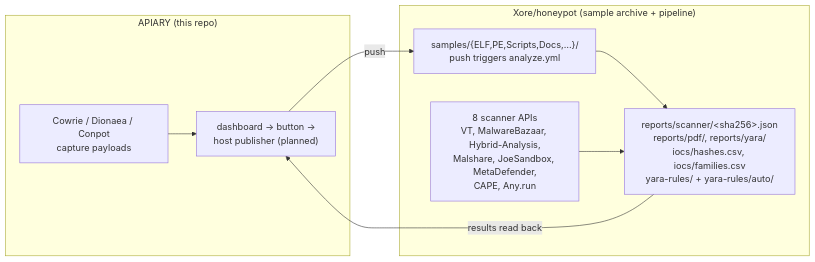
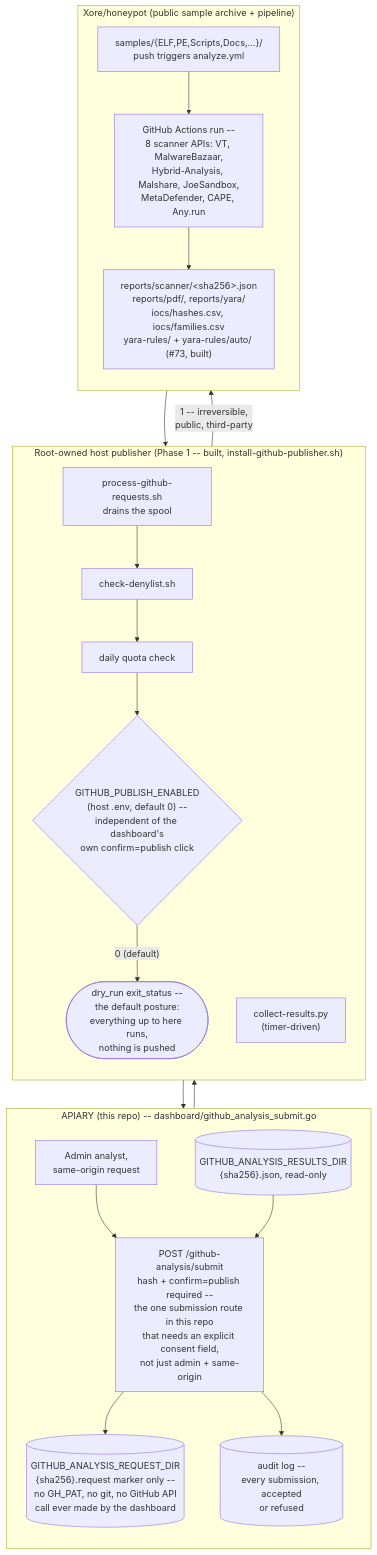
Before and after one commit to Xore/APIARY: the diagram in docs/analysis/README.md, drawn with Mermaid. The commit also changed other lines of this file, not shown here.

````diff
--- a/docs/analysis/README.md
+++ b/docs/analysis/README.md
@@ -20,19 +25,39 @@
 ```mermaid
-flowchart LR
-    subgraph HS["APIARY (this repo)"]
-        Sensors["Cowrie / Dionaea / Conpot<br/>capture payloads"]
-        Pub["dashboard → button →<br/>host publisher (planned)"]
-        Sensors --> Pub
+flowchart TB
+    subgraph HS["APIARY (this repo) -- dashboard/github_analysis_submit.go"]
+        direction TB
+        analyst["Admin analyst,<br/>same-origin request"]
+        submit["POST /github-analysis/submit<br/>hash + confirm=publish required --<br/>the one submission route in this repo<br/>that needs an explicit consent field,<br/>not just admin + same-origin"]
+        reqSpool[("GITHUB_ANALYSIS_REQUEST_DIR<br/>{sha256}.request marker only --<br/>no GH_PAT, no git, no GitHub API<br/>call ever made by the dashboard")]
+        audit[("audit log --<br/>every submission, accepted<br/>or refused")]
+        resultsDir[("GITHUB_ANALYSIS_RESULTS_DIR<br/>{sha256}.json, read-only")]
+        analyst --> submit
+        submit --> reqSpool
+        submit --> audit
+        resultsDir --> submit
     end
 
-    subgraph XH["Xore/honeypot (sample archive + pipeline)"]
-        Samples["samples/{ELF,PE,Scripts,Docs,…}/<br/>push triggers analyze.yml"]
-        Outputs["reports/scanner/&lt;sha256&gt;.json<br/>reports/pdf/, reports/yara/<br/>iocs/hashes.csv, iocs/families.csv<br/>yara-rules/ + yara-rules/auto/"]
-        Scanners["8 scanner APIs<br/>VT, MalwareBazaar, Hybrid-Analysis,<br/>Malshare, JoeSandbox, MetaDefender,<br/>CAPE, Any.run"]
-        Samples --> Outputs
-        Scanners --> Outputs
+    subgraph HostPub["Root-owned host publisher (Phase 1 -- built, install-github-publisher.sh)"]
+        direction TB
+        process["process-github-requests.sh<br/>drains the spool"]
+        denylist["check-denylist.sh"]
+        quota["daily quota check"]
+        gate{"GITHUB_PUBLISH_ENABLED<br/>(host .env, default 0) --<br/>independent of the dashboard's<br/>own confirm=publish click"}
+        dryrun(["dry_run exit_status --<br/>the default posture:<br/>everything up to here runs,<br/>nothing is pushed"])
+        collect["collect-results.py<br/>(timer-driven)"]
+        process --> denylist --> quota --> gate
+        gate -->|"0 (default)"| dryrun
     end
 
-    Pub -->|push| Samples
-    Outputs -->|results read back| Pub
+    subgraph XH["Xore/honeypot (public sample archive + pipeline)"]
+        direction TB
+        samples["samples/{ELF,PE,Scripts,Docs,…}/<br/>push triggers analyze.yml"]
+        actions["GitHub Actions run --<br/>8 scanner APIs: VT, MalwareBazaar,<br/>Hybrid-Analysis, Malshare, JoeSandbox,<br/>MetaDefender, CAPE, Any.run"]
+        outputs["reports/scanner/&lt;sha256&gt;.json<br/>reports/pdf/, reports/yara/<br/>iocs/hashes.csv, iocs/families.csv<br/>yara-rules/ + yara-rules/auto/ (#73, built)"]
+        samples --> actions --> outputs
+    end
+
+    reqSpool --> process
+    gate -->|"1 -- irreversible,<br/>public, third-party"| samples
+    outputs --> collect --> resultsDir
 ```
````
